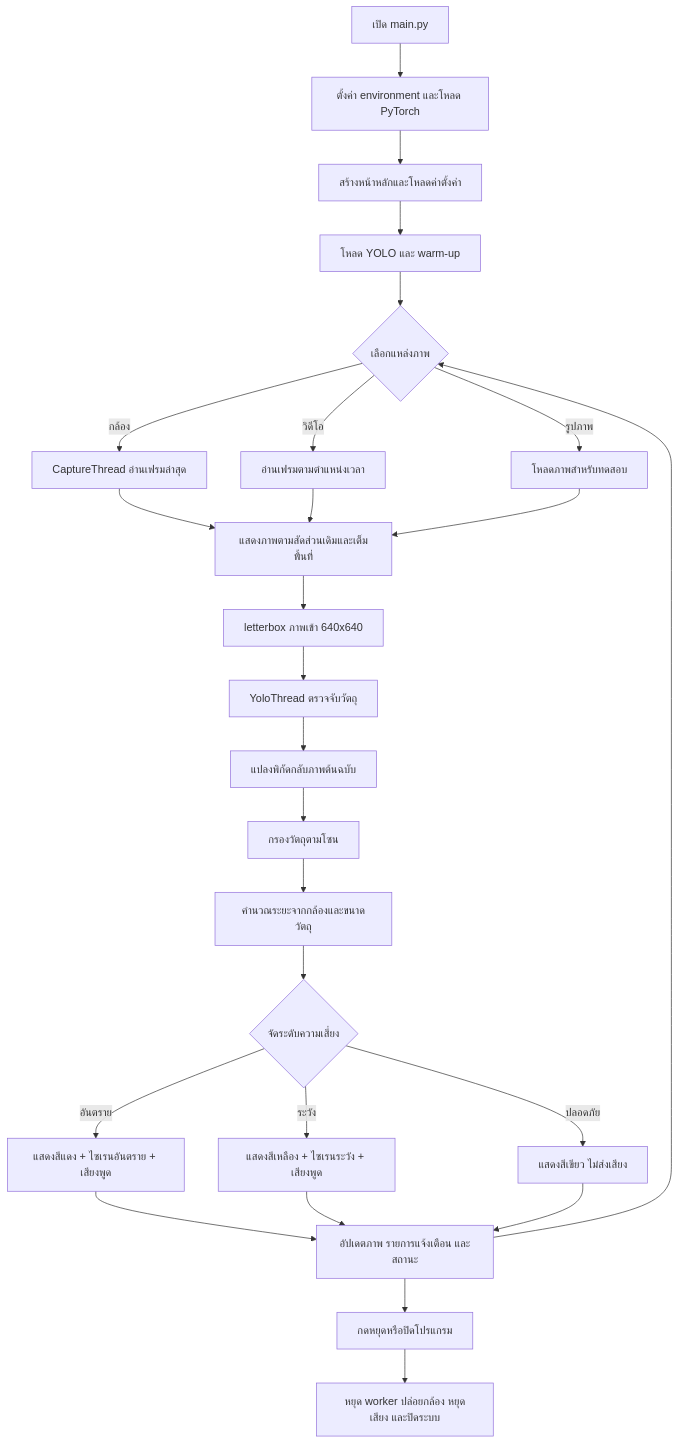
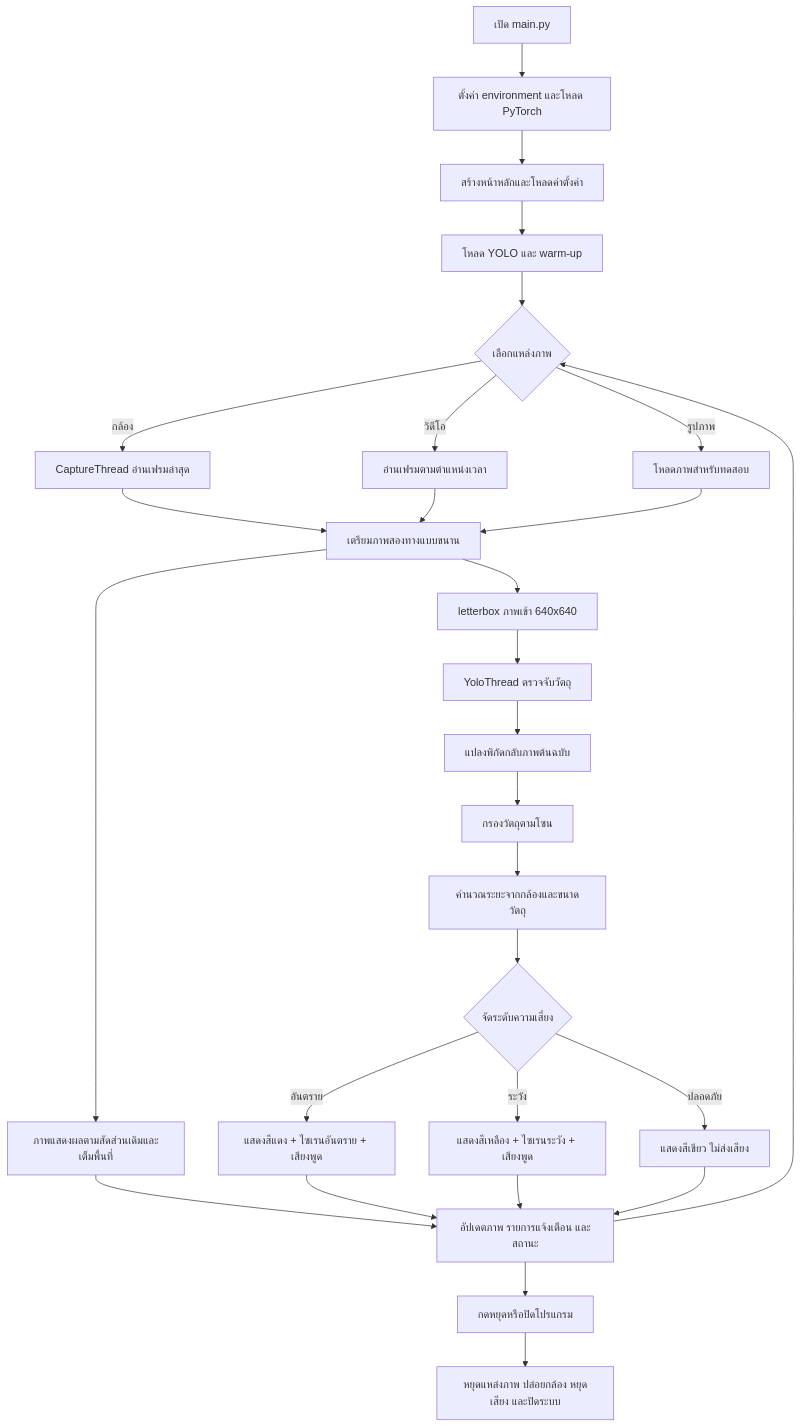
Before and after one commit to 662242ps/third-eye: the diagram in README.md, drawn with Mermaid. The commit also changed other lines of this file and 6 other files, not shown here.

````diff
--- a/README.md
+++ b/README.md
@@ -156,28 +156,30 @@
 ```mermaid
 flowchart TD
     A[เปิด main.py] --> B[ตั้งค่า environment และโหลด PyTorch]
     B --> C[สร้างหน้าหลักและโหลดค่าตั้งค่า]
     C --> D[โหลด YOLO และ warm-up]
     D --> E{เลือกแหล่งภาพ}
     E -->|กล้อง| F[CaptureThread อ่านเฟรมล่าสุด]
     E -->|วิดีโอ| G[อ่านเฟรมตามตำแหน่งเวลา]
     E -->|รูปภาพ| H[โหลดภาพสำหรับทดสอบ]
-    F --> I[แสดงภาพตามสัดส่วนเดิมและเต็มพื้นที่]
-    G --> I
-    H --> I
-    I --> J[letterbox ภาพเข้า 640x640]
+    F --> X[เตรียมภาพสองทางแบบขนาน]
+    G --> X
+    H --> X
+    X --> I[ภาพแสดงผลตามสัดส่วนเดิมและเต็มพื้นที่]
+    X --> J[letterbox ภาพเข้า 640x640]
     J --> K[YoloThread ตรวจจับวัตถุ]
     K --> L[แปลงพิกัดกลับภาพต้นฉบับ]
     L --> M[กรองวัตถุตามโซน]
     M --> N[คำนวณระยะจากกล้องและขนาดวัตถุ]
     N --> O{จัดระดับความเสี่ยง}
     O -->|อันตราย| P[แสดงสีแดง + ไซเรนอันตราย + เสียงพูด]
     O -->|ระวัง| Q[แสดงสีเหลือง + ไซเรนระวัง + เสียงพูด]
     O -->|ปลอดภัย| R[แสดงสีเขียว ไม่ส่งเสียง]
-    P --> S[อัปเดตภาพ รายการแจ้งเตือน และสถานะ]
+    I --> S[อัปเดตภาพ รายการแจ้งเตือน และสถานะ]
+    P --> S
     Q --> S
     R --> S
     S --> E
     S --> T[กดหยุดหรือปิดโปรแกรม]
-    T --> U[หยุด worker ปล่อยกล้อง หยุดเสียง และปิดระบบ]
+    T --> U[หยุดแหล่งภาพ ปล่อยกล้อง หยุดเสียง และปิดระบบ]
 ```
````
